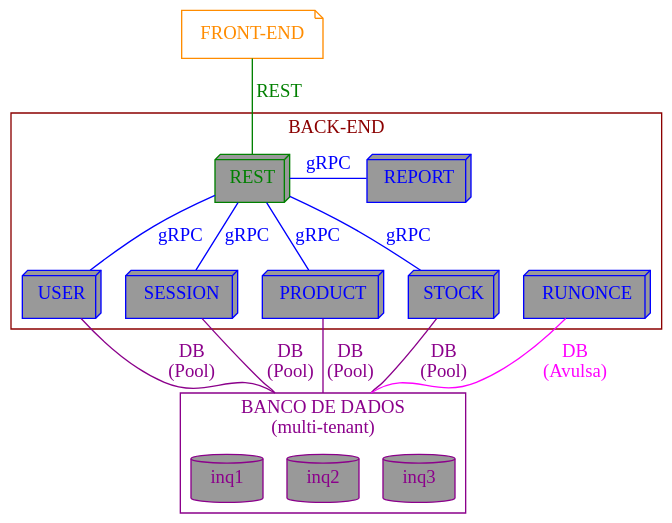
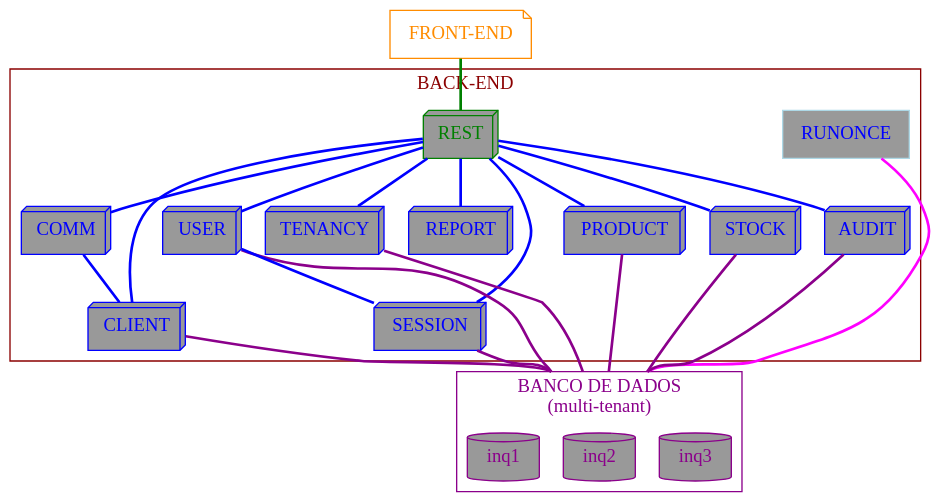
Before and after one commit to Minerva-System/minerva-system: the first of 2 diagrams in docs/src/backend.md, drawn with Graphviz. The commit also changed other lines of this file and 3 other files, not shown here.

Commit message:
Tweaks to use case diagrams and back-end structure

````diff
--- a/docs/src/backend.md
+++ b/docs/src/backend.md
@@ -38,55 +47,67 @@
 ```dot process
 graph {
 	bgcolor=transparent;
 	rankdir="TB";
 	compound=true;
 	node[style=filled; fillcolor="#999999"];
 	
 	frontend[label="FRONT-END", shape=note, color=darkorange, fontcolor=darkorange, fillcolor=transparent];
 	
 	subgraph cluster_db {
 		rankdir="LR";
 		label = "BANCO DE DADOS\n(multi-tenant)";
 		color=darkmagenta;
 		fontcolor=darkmagenta;
 		db2[label="inq3", shape=cylinder, color=darkmagenta, fontcolor=darkmagenta];
         db1[label="inq2", shape=cylinder, color=darkmagenta, fontcolor=darkmagenta];
 		db3[label="inq1", shape=cylinder, color=darkmagenta, fontcolor=darkmagenta];
 		{rank=same; db3; db1; db2;}
 	}
 
 	subgraph cluster_backend {
 		label = "BACK-END";
 		fontcolor=darkred;
 		rankdir="LR";
 		color=darkred;
 		
 		rest[label="REST", shape=box3d, color=green, fontcolor=green];
 		
+		tenancy[label="TENANCY", shape=box3d, color=blue, fontcolor=blue];
 		user[label="USER", shape=box3d, color=blue, fontcolor=blue];
 		session[label="SESSION", shape=box3d, color=blue, fontcolor=blue];
 		product[label="PRODUCT", shape=box3d, color=blue, fontcolor=blue];
 		stock[label="STOCK", shape=box3d, color=blue, fontcolor=blue];
-		runonce[label="RUNONCE", shape=box3d, color=blue, fontcolor=blue];
+		runonce[label="RUNONCE", shape=box, color=lightblue, fontcolor=blue];
 		report[label="REPORT", shape=box3d, color=blue, fontcolor=blue];
+		client[label="CLIENT", shape=box3d, color=blue, fontcolor=blue];
+		audit[label="AUDIT", shape=box3d, color=blue, fontcolor=blue];
+		comm[label="COMM", shape=box3d, color=blue, fontcolor=blue];
 		
-		{rank="same"; rest; report;}
-		{rank="same"; user; session; product; stock; runonce;}
+		user -- session [color=blue, fontcolor=blue, penwidth=2.0];
+		comm -- client [color=blue, fontcolor=blue, penwidth=2.0];
 		
-		rest -- user[label="gRPC", color=blue, fontcolor=blue];
-		rest -- session[label="gRPC", color=blue, fontcolor=blue];
-		rest -- product[label="gRPC", color=blue, fontcolor=blue];
-		rest -- stock[label="gRPC", color=blue, fontcolor=blue];
+		rest -- tenancy[color=blue, fontcolor=blue, penwidth=2.0];
+		rest -- user[color=blue, fontcolor=blue, penwidth=2.0];
+		rest -- session[color=blue, fontcolor=blue, penwidth=2.0];
+		rest -- product[color=blue, fontcolor=blue, penwidth=2.0];
+		rest -- stock[color=blue, fontcolor=blue, penwidth=2.0];
+		rest -- client[color=blue, fontcolor=blue, penwidth=2.0];
+		rest -- audit[color=blue, fontcolor=blue, penwidth=2.0];
+		rest -- comm[color=blue, fontcolor=blue, penwidth=2.0];
 
-		rest -- report[label="gRPC", color=blue, fontcolor=blue];
+		rest -- report[color=blue, fontcolor=blue, penwidth=2.0];
 		
-		user -- db1 [lhead=cluster_db, label="DB\n(Pool)", color=darkmagenta, fontcolor=darkmagenta];
-		session -- db1 [lhead=cluster_db, label="DB\n(Pool)", color=darkmagenta, fontcolor=darkmagenta];
-		product -- db1 [lhead=cluster_db, label="DB\n(Pool)", color=darkmagenta, fontcolor=darkmagenta];
-		stock -- db1 [lhead=cluster_db, label="DB\n(Pool)", color=darkmagenta, fontcolor=darkmagenta];
-		runonce -- db1 [lhead=cluster_db, label="DB\n(Avulsa)", color=magenta, fontcolor=magenta];
+		tenancy -- db1 [lhead=cluster_db, color=darkmagenta, fontcolor=darkmagenta, penwidth=2.0];
+		user -- db1 [lhead=cluster_db, color=darkmagenta, fontcolor=darkmagenta, penwidth=2.0];
+		session -- db1 [lhead=cluster_db, color=darkmagenta, fontcolor=darkmagenta, penwidth=2.0];
+		product -- db1 [lhead=cluster_db, color=darkmagenta, fontcolor=darkmagenta, penwidth=2.0];
+		stock -- db1 [lhead=cluster_db, color=darkmagenta, fontcolor=darkmagenta, penwidth=2.0];
+		runonce -- db1 [lhead=cluster_db, color=magenta, fontcolor=magenta, penwidth=2.0];
+		client -- db1 [lhead=cluster_db, color=darkmagenta, fontcolor=darkmagenta, penwidth=2.0];
+		audit -- db1 [lhead=cluster_db, color=darkmagenta, fontcolor=darkmagenta, penwidth=2.0];
 	}
 
-	frontend -- rest[label="REST", color=green, fontcolor=green];
+	frontend -- rest[color=green, fontcolor=green, penwidth=2.0];
+	
 }
 ```
````
